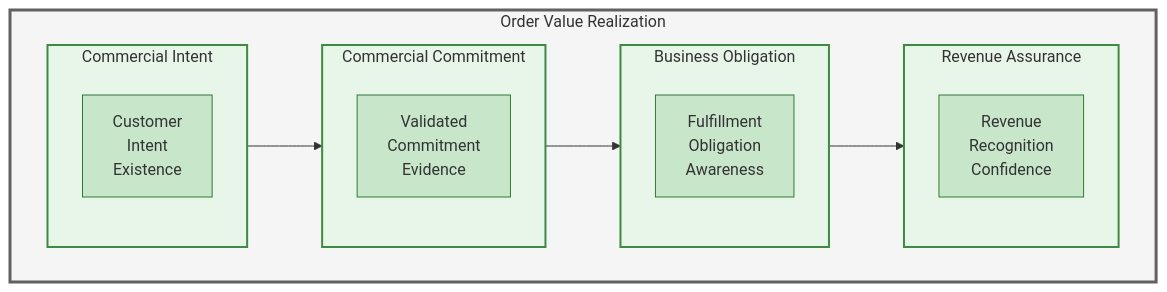
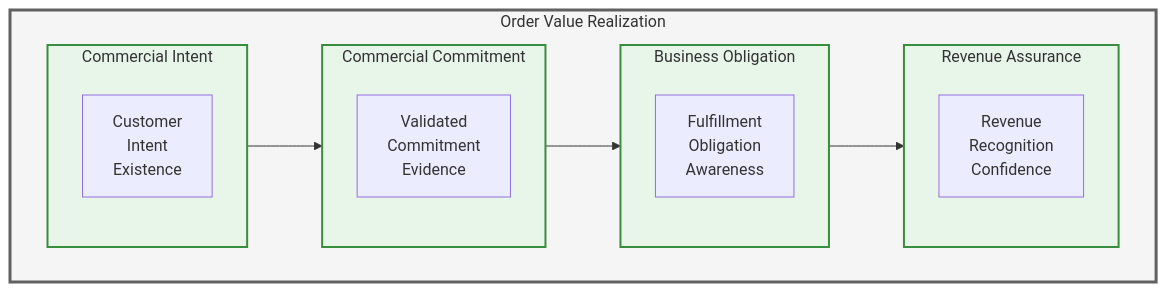
The third of 7 diagrams in docs/architecture/01-business-architecture.md (Evilazaro/Azure-LogicApps-Monitoring), drawn with Mermaid before and after one commit. The commit also changed other lines of this file, not shown here.

Commit message:
Refactor Business Architecture document: update diagram styling for clarity and consistency

````diff
--- a/docs/architecture/01-business-architecture.md
+++ b/docs/architecture/01-business-architecture.md
@@ -448,39 +445,36 @@
 ```mermaid
 flowchart LR
     subgraph Order_Value["Order Value Realization"]
         direction LR
 
         subgraph Intent["Commercial Intent"]
             direction TB
             CI["Customer<br/>Intent<br/>Existence"]
         end
 
         subgraph Commitment["Commercial Commitment"]
             direction TB
             CC["Validated<br/>Commitment<br/>Evidence"]
         end
 
         subgraph Obligation["Business Obligation"]
             direction TB
             BO["Fulfillment<br/>Obligation<br/>Awareness"]
         end
 
         subgraph Assurance["Revenue Assurance"]
             direction TB
             RA["Revenue<br/>Recognition<br/>Confidence"]
         end
 
         Intent --> Commitment
         Commitment --> Obligation
         Obligation --> Assurance
     end
 
     classDef level1 fill:#f5f5f5,stroke:#616161,stroke-width:3px
     classDef level2 fill:#e8f5e9,stroke:#388e3c,stroke-width:2px
-    classDef level3 fill:#ffffff,stroke:#81c784,stroke-width:1px
-    classDef node fill:#c8e6c9,stroke:#2e7d32,stroke-width:1px
 
     class Order_Value level1
     class Intent,Commitment,Obligation,Assurance level2
-    class CI,CC,BO,RA node
 ```
````
